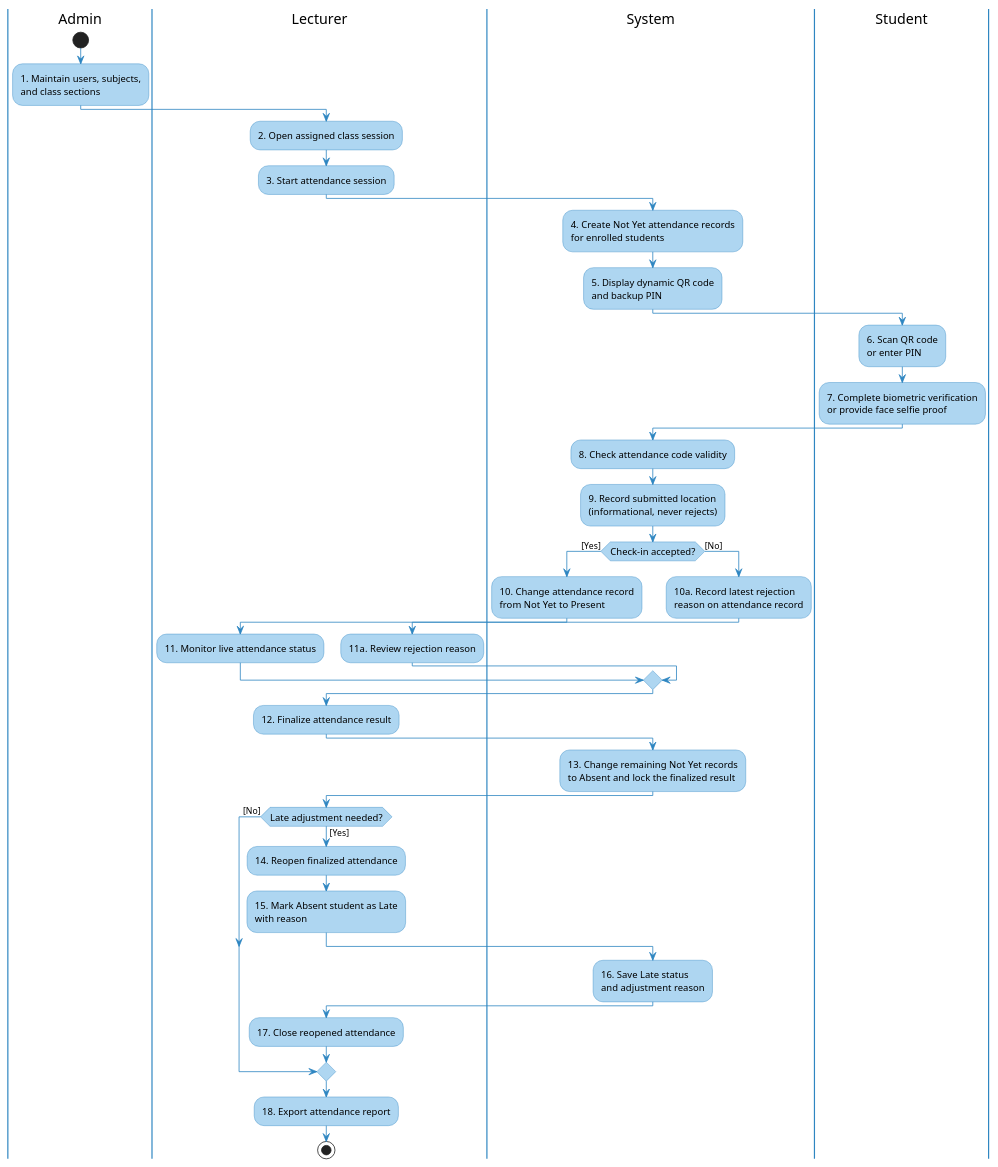
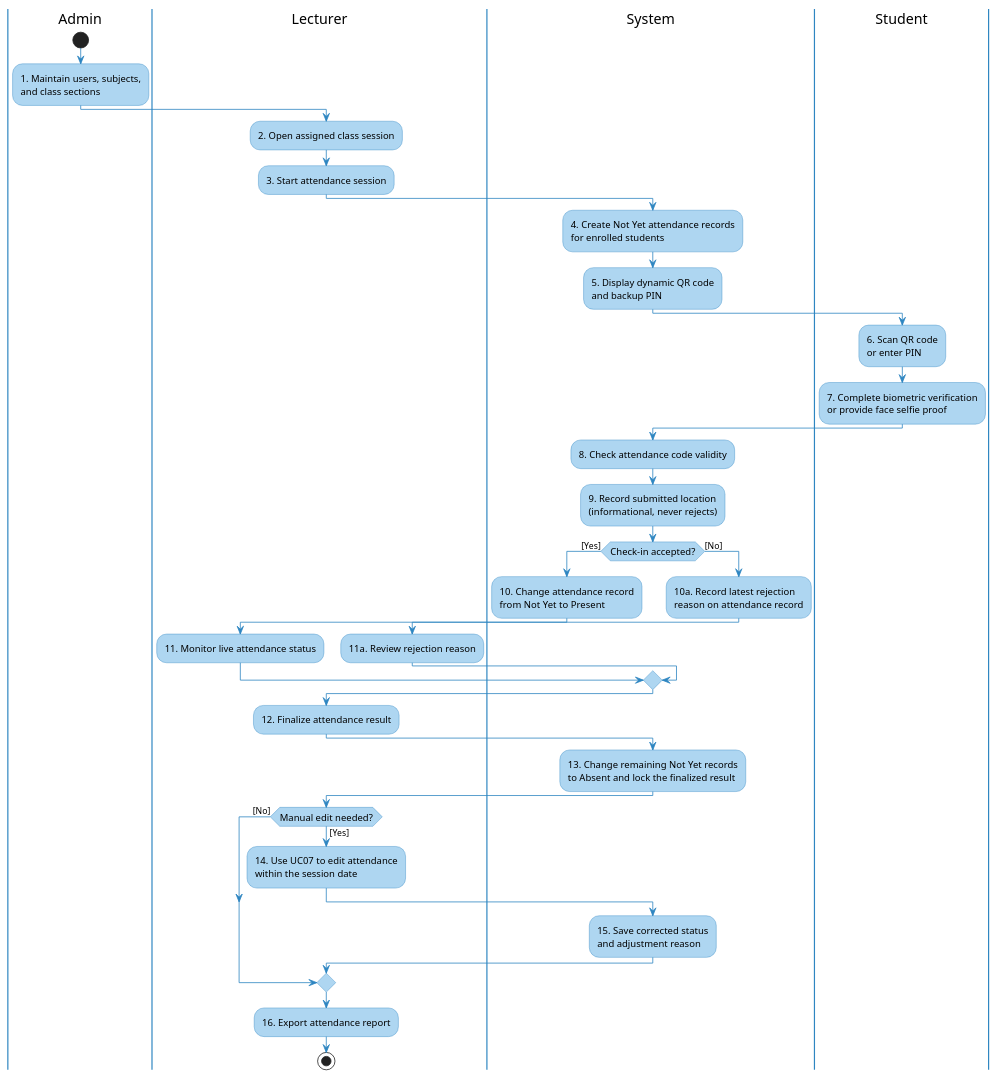
The third of 6 diagrams in docs/rds/1_Requirement.md (nttung42/SWD392), drawn with PlantUML before and after one commit. The commit also changed other lines of this file and 3 other files, not shown here.

````diff
--- a/docs/rds/1_Requirement.md
+++ b/docs/rds/1_Requirement.md
@@ -384,62 +384,59 @@
 ```plantuml
 @startuml Overall_Attendance_Process_Activity
 skinparam ActivityBackgroundColor #AED6F1
 skinparam ActivityBorderColor #2E86C1
 skinparam ActivityDiamondBackgroundColor #AED6F1
 skinparam ActivityDiamondBorderColor #2E86C1
 skinparam ArrowColor #2E86C1
 skinparam ActivityFontSize 12
 skinparam swimlaneBorderColor #2E86C1
 skinparam swimlaneHeaderFontStyle bold
 
 |Admin|
 start
 :1. Maintain users, subjects,\nand class sections;
 
 |Lecturer|
 :2. Open assigned class session;
 :3. Start attendance session;
 
 |System|
 :4. Create Not Yet attendance records\nfor enrolled students;
 :5. Display dynamic QR code\nand backup PIN;
 
 |Student|
 :6. Scan QR code\nor enter PIN;
 :7. Complete biometric verification\nor provide face selfie proof;
 
 |System|
 :8. Check attendance code validity;
 :9. Record submitted location\n(informational, never rejects);
 
 if (Check-in accepted?) then ([Yes])
   :10. Change attendance record\nfrom Not Yet to Present;
   |Lecturer|
   :11. Monitor live attendance status;
 else ([No])
   |System|
   :10a. Record latest rejection\nreason on attendance record;
   |Lecturer|
   :11a. Review rejection reason;
 endif
 
 |Lecturer|
 :12. Finalize attendance result;
 |System|
 :13. Change remaining Not Yet records\nto Absent and lock the finalized result;
 
 |Lecturer|
-if (Late adjustment needed?) then ([Yes])
-  :14. Reopen finalized attendance;
-  :15. Mark Absent student as Late\nwith reason;
+if (Manual edit needed?) then ([Yes])
+  :14. Use UC07 to edit attendance\nwithin the session date;
   |System|
-  :16. Save Late status\nand adjustment reason;
-  |Lecturer|
-  :17. Close reopened attendance;
+  :15. Save corrected status\nand adjustment reason;
 else ([No])
 endif
 |Lecturer|
-:18. Export attendance report;
+:16. Export attendance report;
 stop
 @enduml
 ```
````
